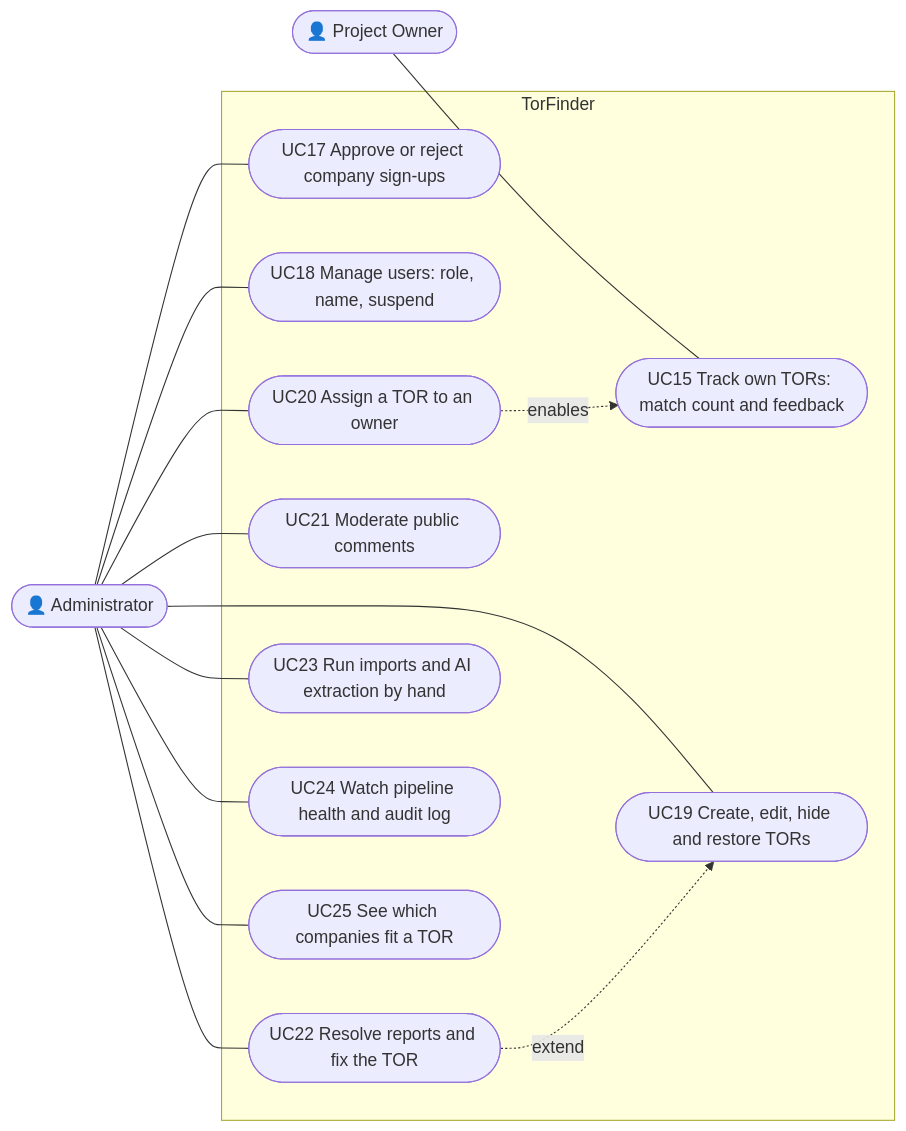
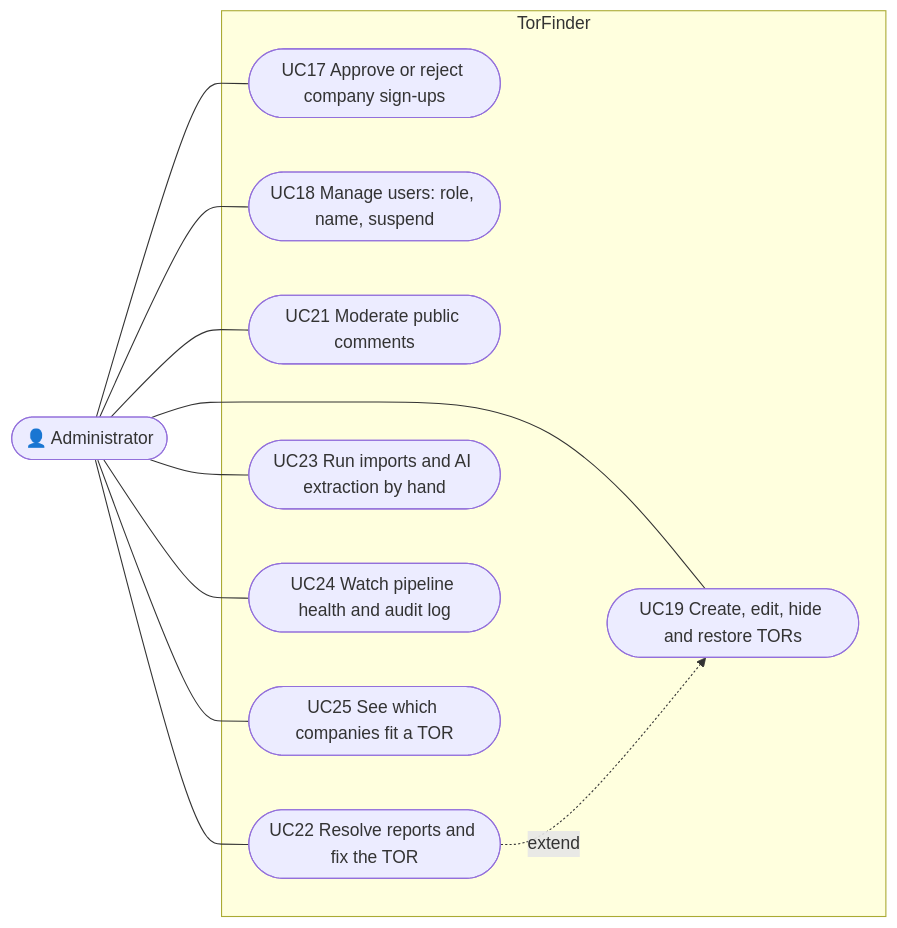
One commit to PhomMaiWai/TorFinder changed the third of 4 diagrams in docs/design/use-case.md. Above: the diagram before and after it, drawn with Mermaid. The commit also changed other lines of this file and 81 other files, not shown here.

First line of the commit message:
refactor: remove the project owner role

````diff
--- a/docs/design/use-case.md
+++ b/docs/design/use-case.md
@@ -82,23 +80,18 @@
 ```mermaid
 flowchart LR
-    Owner(["👤 Project Owner"])
     Admin(["👤 Administrator"])
 
     subgraph TorFinder["TorFinder"]
-        UC15(["UC15 Track own TORs: match count and feedback"])
         UC17(["UC17 Approve or reject company sign-ups"])
         UC18(["UC18 Manage users: role, name, suspend"])
         UC19(["UC19 Create, edit, hide and restore TORs"])
-        UC20(["UC20 Assign a TOR to an owner"])
         UC21(["UC21 Moderate public comments"])
         UC22(["UC22 Resolve reports and fix the TOR"])
         UC23(["UC23 Run imports and AI extraction by hand"])
         UC24(["UC24 Watch pipeline health and audit log"])
         UC25(["UC25 See which companies fit a TOR"])
     end
 
-    Owner --- UC15
-    Admin --- UC17 & UC18 & UC19 & UC20 & UC21 & UC22 & UC23 & UC24 & UC25
+    Admin --- UC17 & UC18 & UC19 & UC21 & UC22 & UC23 & UC24 & UC25
     UC22 -. extend .-> UC19
-    UC20 -. enables .-> UC15
 ```
````
